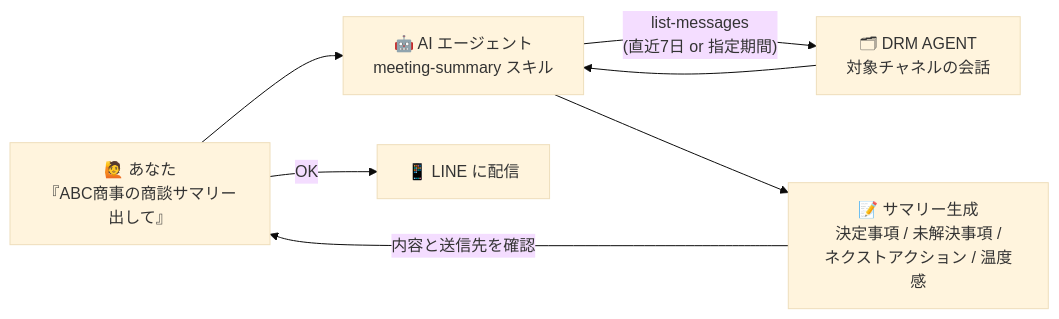
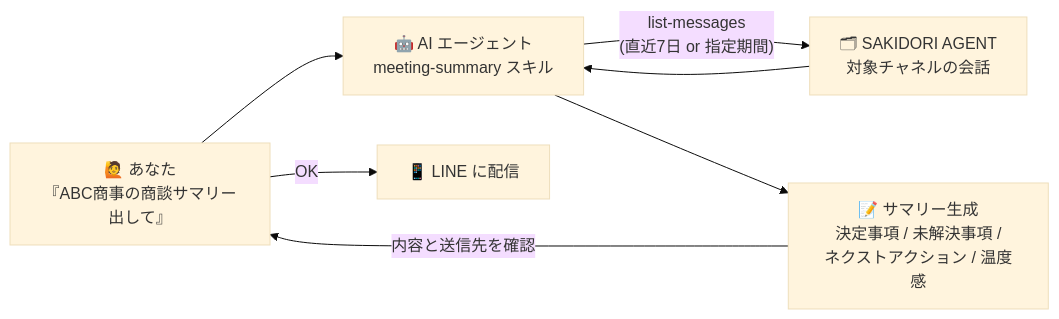
The second of 4 diagrams in examples/skill-flows.md (line-ec-lea/drm-agent-skills), drawn with Mermaid (base theme) before and after one commit. The commit also changed other lines of this file and 11 other files, not shown here.

First line of the commit message:
docs: サービス名を SAKIDORI AGENT に変更する

````diff
--- a/examples/skill-flows.md
+++ b/examples/skill-flows.md
@@ -58,9 +58,9 @@
 ```mermaid
 flowchart LR
     U["🙋 あなた<br/>『ABC商事の商談サマリー出して』"] --> B["🤖 AI エージェント<br/>meeting-summary スキル"]
-    B -- "list-messages<br/>(直近7日 or 指定期間)" --> D["🗂 DRM AGENT<br/>対象チャネルの会話"]
+    B -- "list-messages<br/>(直近7日 or 指定期間)" --> D["🗂 SAKIDORI AGENT<br/>対象チャネルの会話"]
     D --> B
     B --> E["📝 サマリー生成<br/>決定事項 / 未解決事項 /<br/>ネクストアクション / 温度感"]
     E -- "内容と送信先を確認" --> U
     U -- "OK" --> F["📱 LINE に配信"]
 ```
````
